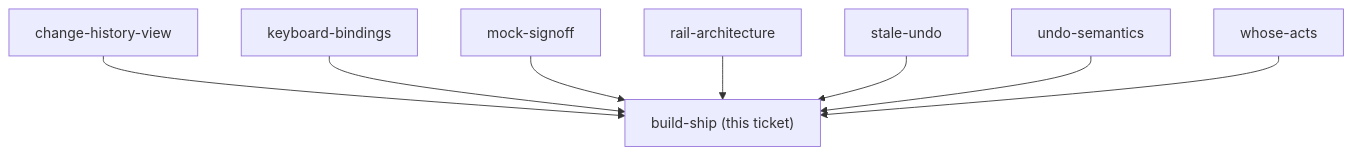
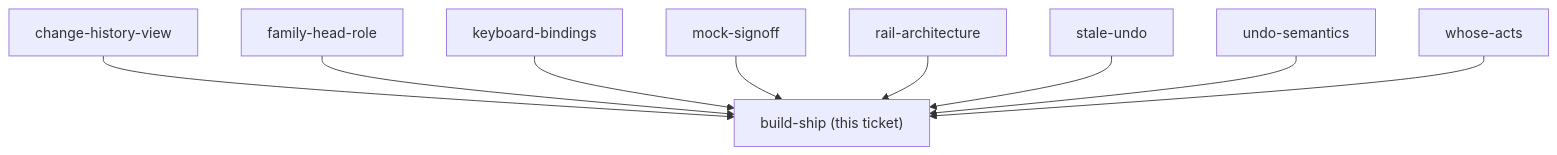
The diagram in docs/decision-map/shortcut-rail-106/tickets/build-ship.md (ThodsaphonSonthiphin/MenuNest), drawn with Mermaid before and after one commit. The commit also changed other lines of this file and 4 other files, not shown here.

First line of the commit message:
docs(budget): everyone sees the history, the family head may undo anyone (#106)

````diff
--- a/docs/decision-map/shortcut-rail-106/tickets/build-ship.md
+++ b/docs/decision-map/shortcut-rail-106/tickets/build-ship.md
@@ -16,11 +16,12 @@
 ```mermaid
 graph TD
     ME["build-ship (this ticket)"]
     P0["change-history-view"] --> ME
-    P1["keyboard-bindings"] --> ME
-    P2["mock-signoff"] --> ME
-    P3["rail-architecture"] --> ME
-    P4["stale-undo"] --> ME
-    P5["undo-semantics"] --> ME
-    P6["whose-acts"] --> ME
+    P1["family-head-role"] --> ME
+    P2["keyboard-bindings"] --> ME
+    P3["mock-signoff"] --> ME
+    P4["rail-architecture"] --> ME
+    P5["stale-undo"] --> ME
+    P6["undo-semantics"] --> ME
+    P7["whose-acts"] --> ME
 ```
````
